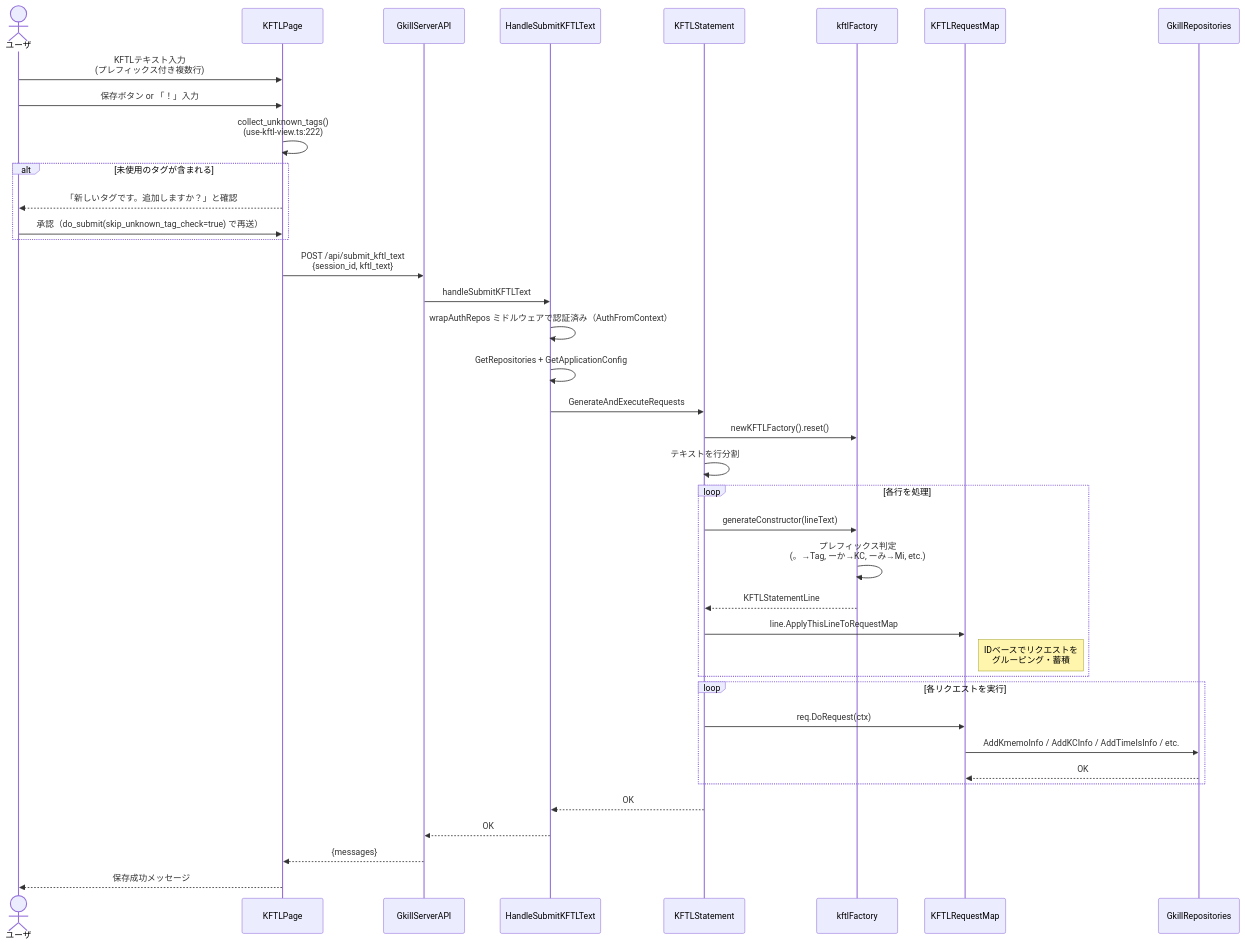
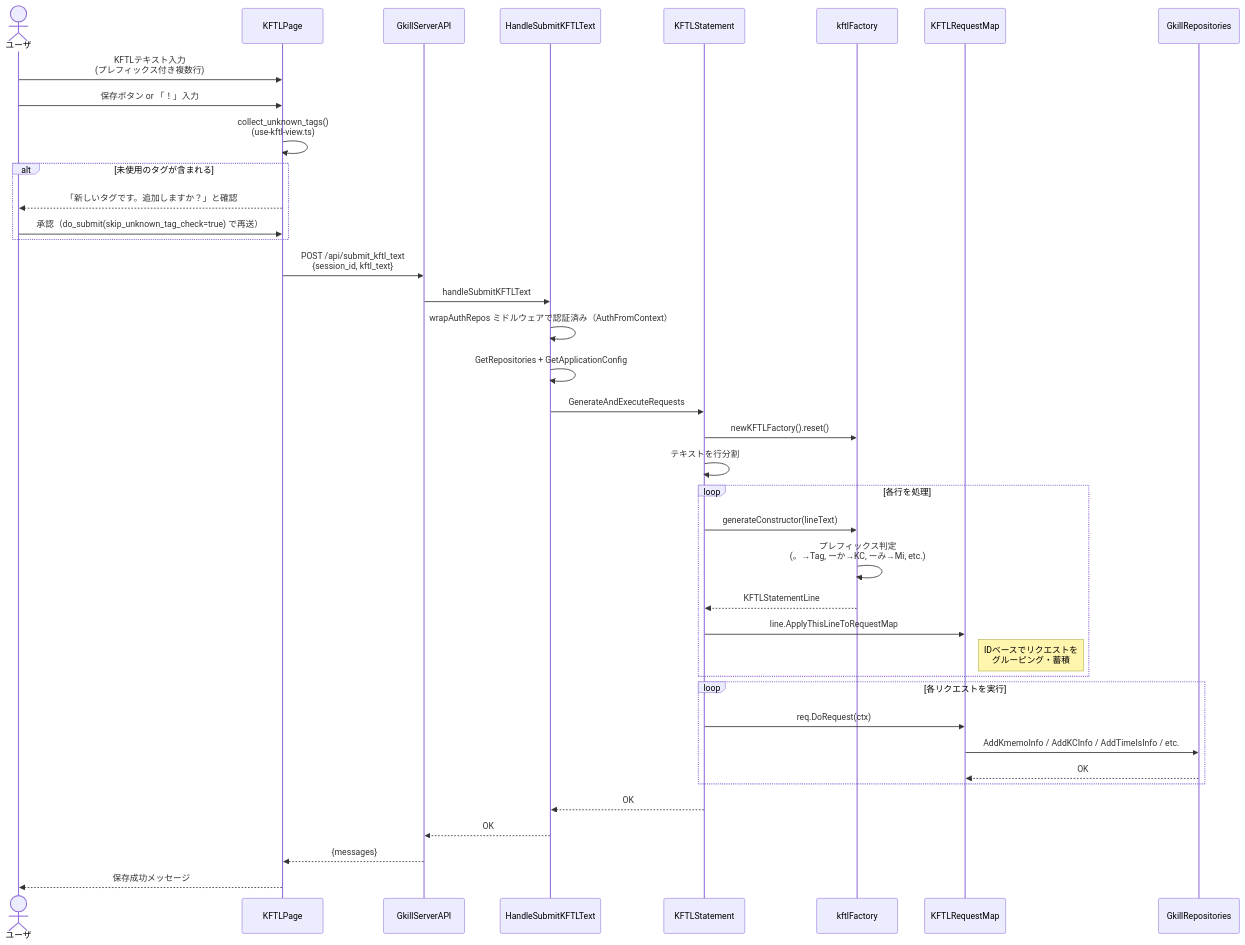
One commit to mt3hr/gkill changed the eighth of 29 diagrams in documents/reverse/sequence-diagrams.md. Above: the diagram before and after it, drawn with Mermaid. The commit also changed other lines of this file and 69 other files, not shown here.

````diff
--- a/documents/reverse/sequence-diagrams.md
+++ b/documents/reverse/sequence-diagrams.md
@@ -253,42 +253,42 @@
 ```mermaid
 sequenceDiagram
     actor User as ユーザ
     participant UI as KFTLPage
     participant API as GkillServerAPI
     participant Handler as HandleSubmitKFTLText
     participant Stmt as KFTLStatement
     participant Factory as kftlFactory
     participant ReqMap as KFTLRequestMap
     participant Repos as GkillRepositories
 
     User->>UI: KFTLテキスト入力<br>(プレフィックス付き複数行)
     User->>UI: 保存ボタン or 「！」入力
-    UI->>UI: collect_unknown_tags()<br>(use-kftl-view.ts:222)
+    UI->>UI: collect_unknown_tags()<br>(use-kftl-view.ts)
     alt 未使用のタグが含まれる
         UI-->>User: 「新しいタグです。追加しますか？」と確認
         User->>UI: 承認（do_submit(skip_unknown_tag_check=true) で再送）
     end
     UI->>API: POST /api/submit_kftl_text<br>{session_id, kftl_text}
     API->>Handler: handleSubmitKFTLText
     Handler->>Handler: wrapAuthRepos ミドルウェアで認証済み（AuthFromContext）
     Handler->>Handler: GetRepositories + GetApplicationConfig
     Handler->>Stmt: GenerateAndExecuteRequests
     Stmt->>Factory: newKFTLFactory().reset()
     Stmt->>Stmt: テキストを行分割
     loop 各行を処理
         Stmt->>Factory: generateConstructor(lineText)
         Factory->>Factory: プレフィックス判定<br>(。→Tag, ーか→KC, ーみ→Mi, etc.)
         Factory-->>Stmt: KFTLStatementLine
         Stmt->>ReqMap: line.ApplyThisLineToRequestMap
         Note right of ReqMap: IDベースでリクエストを<br>グルーピング・蓄積
     end
     loop 各リクエストを実行
         Stmt->>ReqMap: req.DoRequest(ctx)
         ReqMap->>Repos: AddKmemoInfo / AddKCInfo / AddTimeIsInfo / etc.
         Repos-->>ReqMap: OK
     end
     Stmt-->>Handler: OK
     Handler-->>API: OK
     API-->>UI: {messages}
     UI-->>User: 保存成功メッセージ
 ```
````
